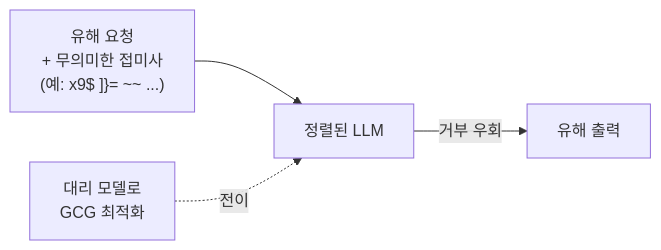
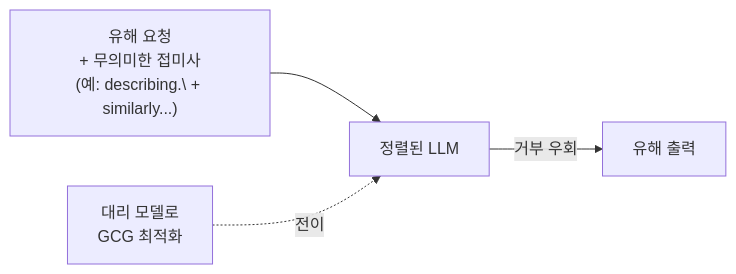
Before and after one commit to z3rotig4r/z3rotig4r.github.io: the diagram in _posts/2026-07-16-adversarial-examples-llm.md, drawn with Mermaid. The commit also changed other lines of this file, not shown here.

````diff
--- a/_posts/2026-07-16-adversarial-examples-llm.md
+++ b/_posts/2026-07-16-adversarial-examples-llm.md
@@ -47,6 +47,6 @@
 ```mermaid
 flowchart LR
-    H["유해 요청<br/>+ 무의미한 접미사<br/>(예: x9$ ]}= ~~ ...)"] --> L[정렬된 LLM]
+    H["유해 요청<br/>+ 무의미한 접미사<br/>(예: describing.\ + similarly...)"] --> L[정렬된 LLM]
     L -->|거부 우회| O[유해 출력]
     S[대리 모델로<br/>GCG 최적화] -.전이.-> L
 ```
````
